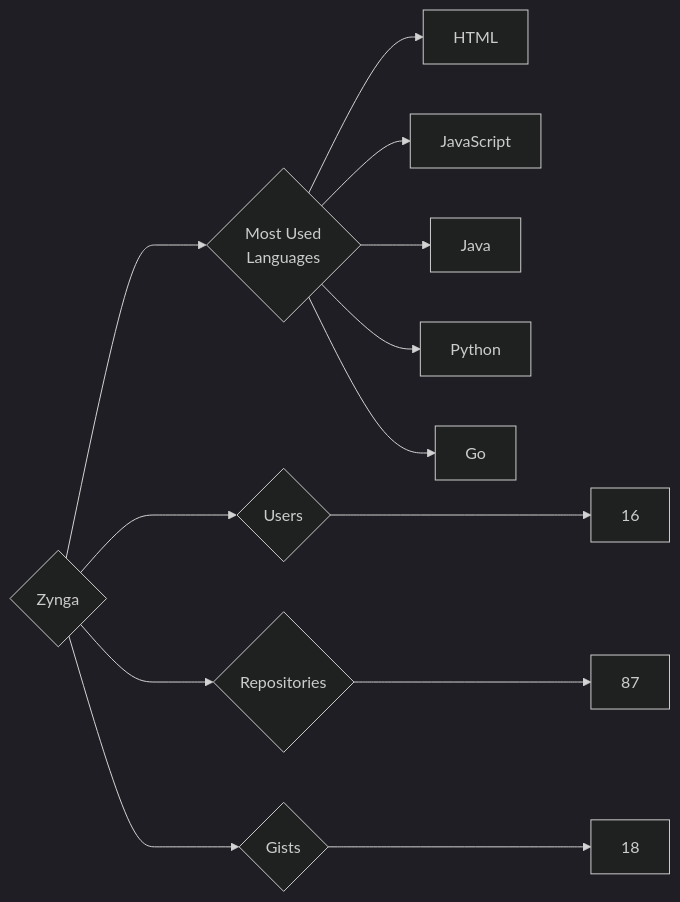
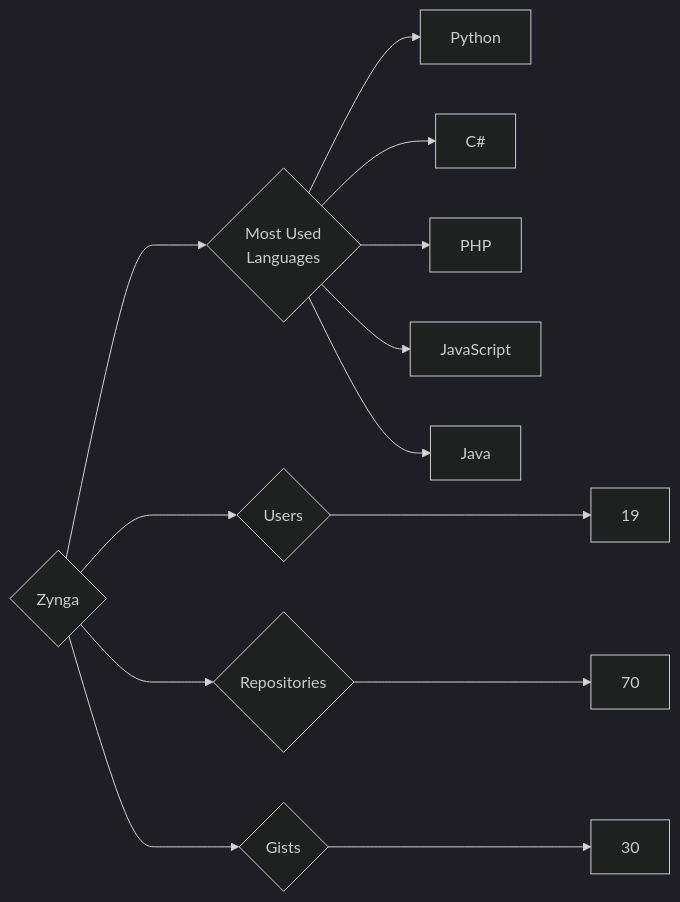
One commit to trickest/insiders changed the diagram in targets/Zynga/README.md. Above: the diagram before and after it, drawn with Mermaid (dark theme). The commit also changed 964 other files, not shown here.

````diff
--- a/targets/Zynga/README.md
+++ b/targets/Zynga/README.md
@@ -3,13 +3,13 @@
 ```mermaid
 graph LR
 COMPANY_NAME{Zynga}
-COMPANY_NAME ---> U{Users} ---> UN[16]
-COMPANY_NAME ---> R{Repositories} ---> RN[87]
-COMPANY_NAME ---> G{Gists} ---> GN[18]
+COMPANY_NAME ---> U{Users} ---> UN[19]
+COMPANY_NAME ---> R{Repositories} ---> RN[70]
+COMPANY_NAME ---> G{Gists} ---> GN[30]
 COMPANY_NAME ---> ML{Most Used<br>Languages}
-ML --> HTML[HTML]
+ML --> Python[Python]
+ML --> C#[C#]
+ML --> PHP[PHP]
 ML --> JavaScript[JavaScript]
 ML --> Java[Java]
-ML --> Python[Python]
-ML --> Go[Go]
 ```
````
